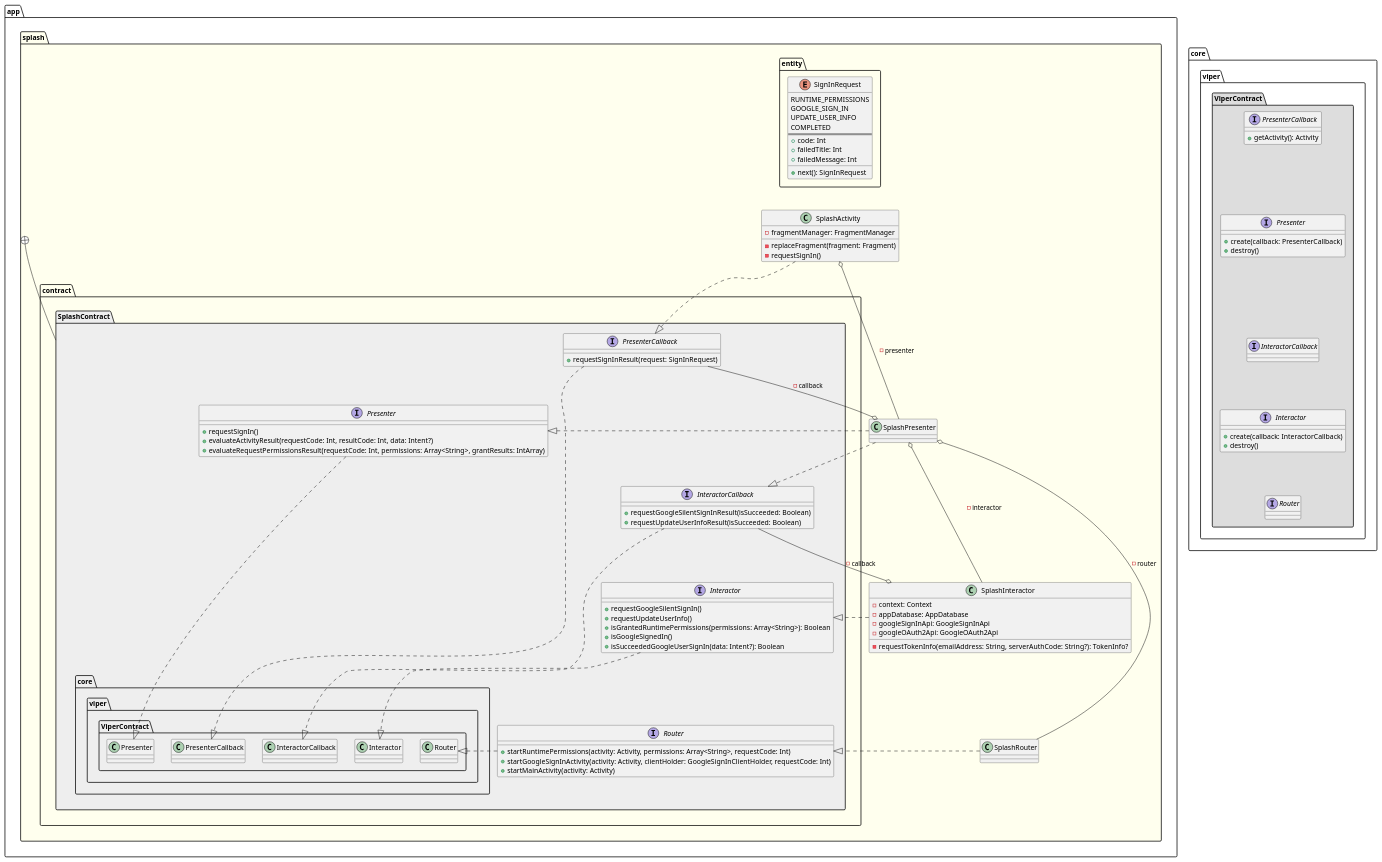
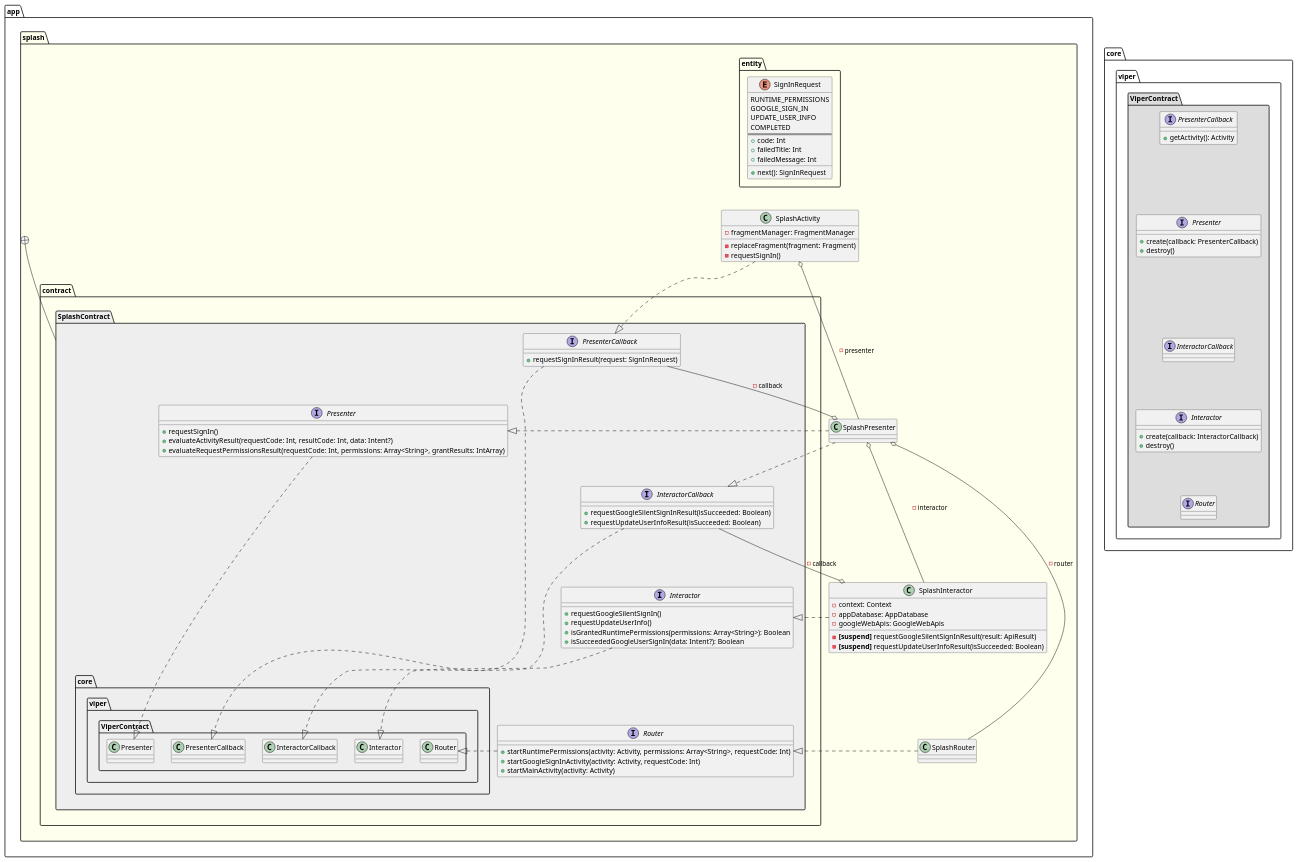
Before and after one commit to sallyluenoa/PhotoSlideShow: the diagram in uml/splash/class_diagram_splash_viper.md, drawn with PlantUML. The commit also changed 12 other files, not shown here.

First line of the commit message:
Write UML for design #13

```diff
--- a/uml/splash/class_diagram_splash_viper.md
+++ b/uml/splash/class_diagram_splash_viper.md
@@ -27,24 +27,24 @@
   class SplashInteractor {
     - context: Context
     - appDatabase: AppDatabase
-    - googleSignInApi: GoogleSignInApi
-    - googleOAuth2Api: GoogleOAuth2Api
-    - requestTokenInfo(emailAddress: String, serverAuthCode: String?): TokenInfo?
+    - googleWebApis: GoogleWebApis
+    - <b>[suspend]</b> requestGoogleSilentSignInResult(result: ApiResult)
+    - <b>[suspend]</b> requestUpdateUserInfoResult(isSucceeded: Boolean)
   }
   class SplashRouter
 
-  SplashActivity o-- SplashPresenter: -presenter
-  SplashPresenter o--- SplashInteractor: -interactor
-  SplashPresenter o---- SplashRouter: -router
+  SplashActivity o-- SplashPresenter: - presenter
+  SplashPresenter o--- SplashInteractor: - interactor
+  SplashPresenter o---- SplashRouter: - router
 
   SplashPresenter .|> app.splash.contract.SplashContract.Presenter
   SplashInteractor .|> app.splash.contract.SplashContract.Interactor
   SplashRouter .|> app.splash.contract.SplashContract.Router
 
   SplashActivity ..|> app.splash.contract.SplashContract.PresenterCallback
-  SplashPresenter o-- app.splash.contract.SplashContract.PresenterCallback: -callback
+  SplashPresenter o-- app.splash.contract.SplashContract.PresenterCallback: - callback
   SplashPresenter ..|> app.splash.contract.SplashContract.InteractorCallback
-  SplashInteractor o-- app.splash.contract.SplashContract.InteractorCallback: -callback
+  SplashInteractor o-- app.splash.contract.SplashContract.InteractorCallback: - callback
 
   app.splash.contract.SplashContract.Presenter -[hidden]> SplashPresenter
   app.splash.contract.SplashContract.Interactor -[hidden]> SplashInteractor
@@ -65,7 +65,6 @@
     + requestGoogleSilentSignIn()
     + requestUpdateUserInfo()
     + isGrantedRuntimePermissions(permissions: Array<String>): Boolean
-    + isGoogleSignedIn()
     + isSucceededGoogleUserSignIn(data: Intent?): Boolean
   }
   interface InteractorCallback {
@@ -74,7 +73,7 @@
   }
   interface Router {
     + startRuntimePermissions(activity: Activity, permissions: Array<String>, requestCode: Int)
-    + startGoogleSignInActivity(activity: Activity, clientHolder: GoogleSignInClientHolder, requestCode: Int)
+    + startGoogleSignInActivity(activity: Activity, requestCode: Int)
     + startMainActivity(activity: Activity)
   }
 
```
